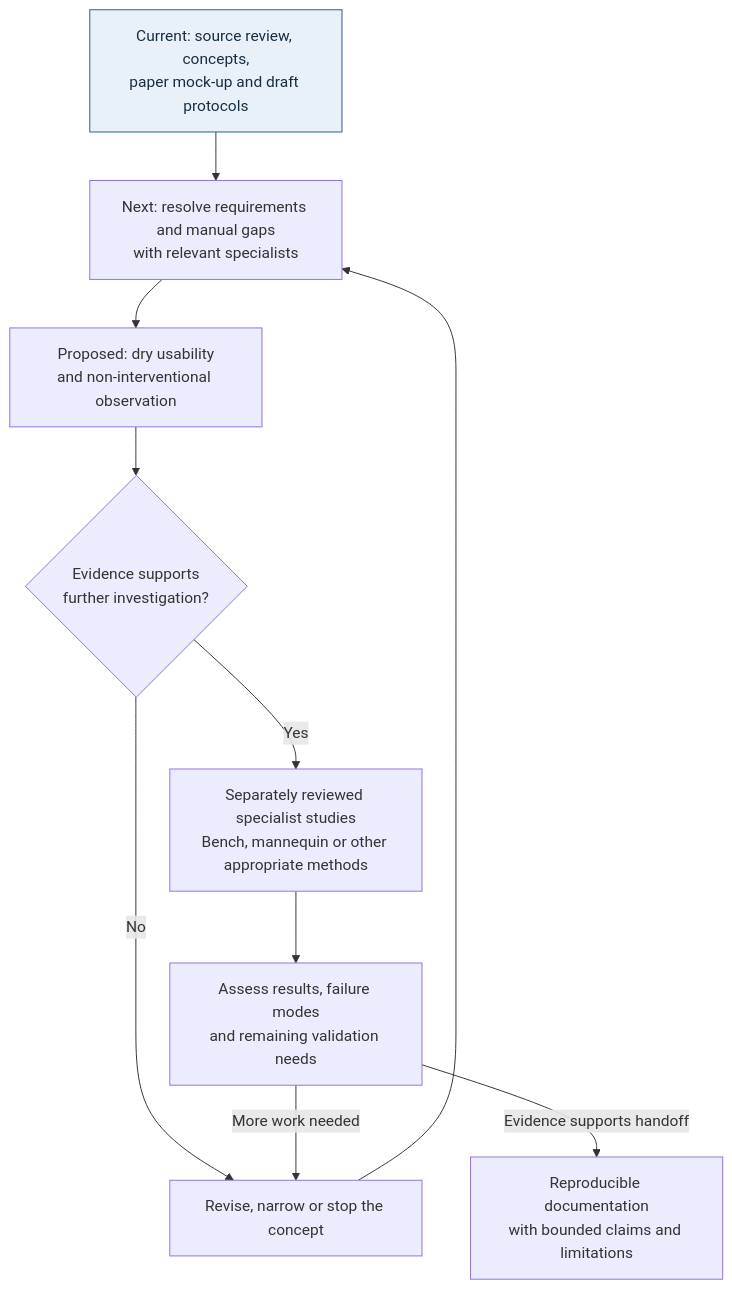
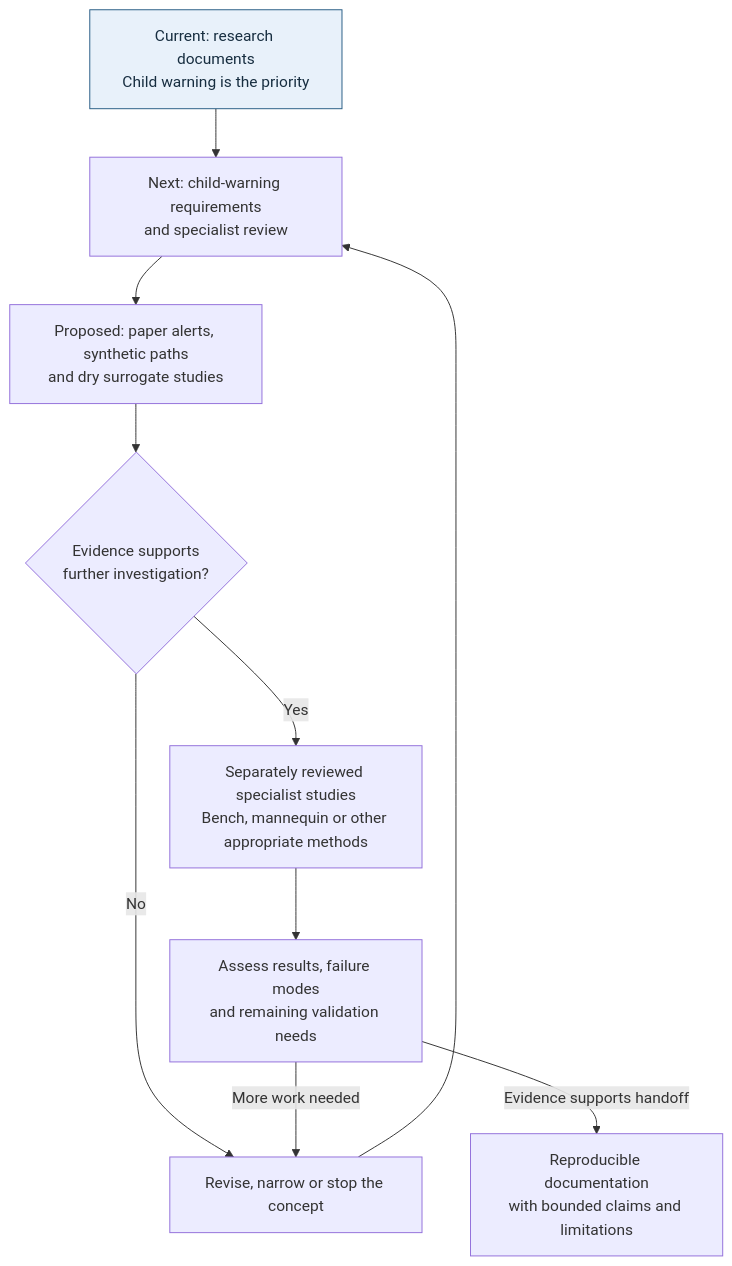
The second of 2 diagrams in docs/overview.md (eamusai/vest), drawn with Mermaid before and after one commit. The commit also changed other lines of this file and 16 other files, not shown here.

Commit message:
Prioritize child water warnings and add water-quality research

````diff
--- a/docs/overview.md
+++ b/docs/overview.md
@@ -32,15 +36,15 @@
 ```mermaid
 flowchart TD
-    C["Current: source review, concepts,<br/>paper mock-up and draft protocols"]
-    C --> Q["Next: resolve requirements and manual gaps<br/>with relevant specialists"]
-    Q --> U["Proposed: dry usability<br/>and non-interventional observation"]
+    C["Current: research documents<br/>Child warning is the priority"]
+    C --> Q["Next: child-warning requirements<br/>and specialist review"]
+    Q --> U["Proposed: paper alerts, synthetic paths<br/>and dry surrogate studies"]
     U --> G{"Evidence supports<br/>further investigation?"}
     G -->|No| R["Revise, narrow or stop the concept"]
     R --> Q
     G -->|Yes| B["Separately reviewed specialist studies<br/>Bench, mannequin or other appropriate methods"]
     B --> E["Assess results, failure modes<br/>and remaining validation needs"]
     E -->|More work needed| R
     E -->|Evidence supports handoff| P["Reproducible documentation<br/>with bounded claims and limitations"]
     classDef current fill:#e8f1fa,stroke:#285d85,color:#172e40;
     class C current;
 ```
````
